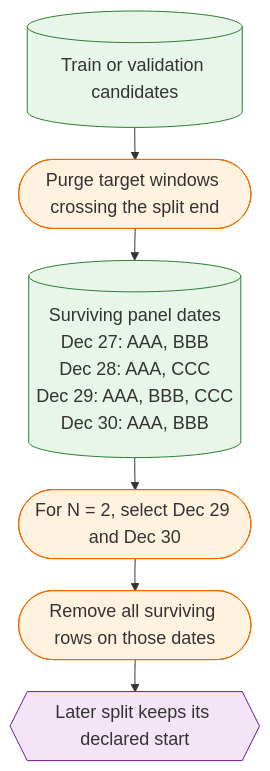
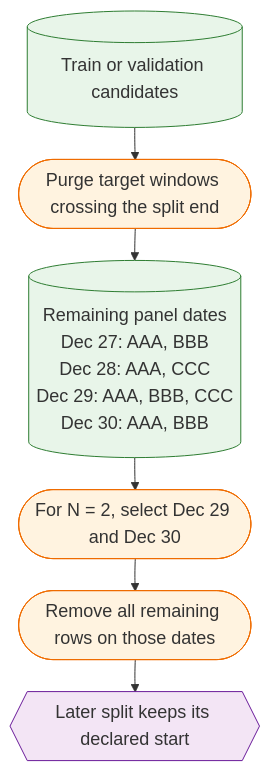
Before and after one commit to Frallmeister/swingtrader-app: the second of 2 diagrams in docs/modeling/temporal-splitting.md, drawn with Mermaid. The commit also changed other lines of this file and 17 other files, not shown here.

````diff
--- a/docs/modeling/temporal-splitting.md
+++ b/docs/modeling/temporal-splitting.md
@@ -55,19 +57,19 @@
 ```mermaid
 %%{init: {"themeVariables": {"fontSize": "18px"}, "flowchart": {"nodeSpacing": 26, "rankSpacing": 32}}}%%
 flowchart TB
     candidates[(Train or validation candidates)]
     purge([Purge target windows crossing the split end])
-    panel[(Surviving panel dates<br/>Dec 27: AAA, BBB<br/>Dec 28: AAA, CCC<br/>Dec 29: AAA, BBB, CCC<br/>Dec 30: AAA, BBB)]
+    panel[(Remaining panel dates<br/>Dec 27: AAA, BBB<br/>Dec 28: AAA, CCC<br/>Dec 29: AAA, BBB, CCC<br/>Dec 30: AAA, BBB)]
     choose([For N = 2, select Dec 29 and Dec 30])
-    remove([Remove all surviving rows on those dates])
+    remove([Remove all remaining rows on those dates])
     later{{Later split keeps its declared start}}
 
     candidates --> purge --> panel --> choose --> remove --> later
 
     classDef action fill:#fff3e0,stroke:#ef6c00
     classDef artifact fill:#e8f5e9,stroke:#2e7d32
     classDef state fill:#f3e5f5,stroke:#6a1b9a
     class candidates,panel artifact
     class purge,choose,remove action
     class later state
 ```
````
